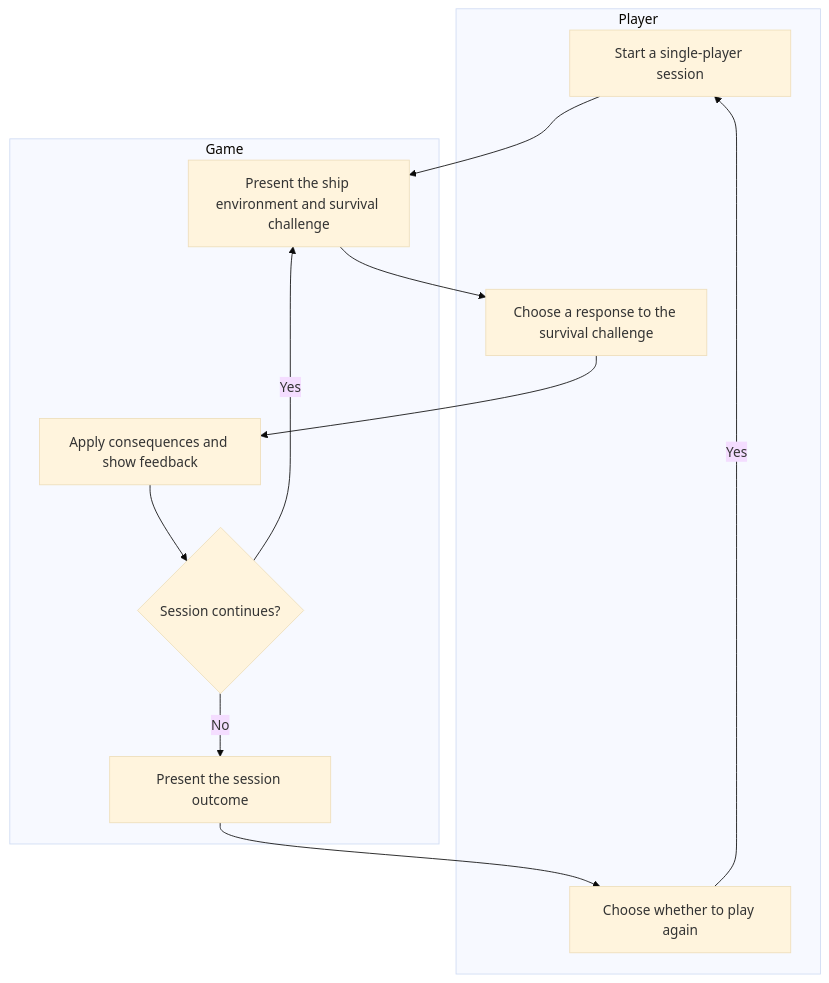
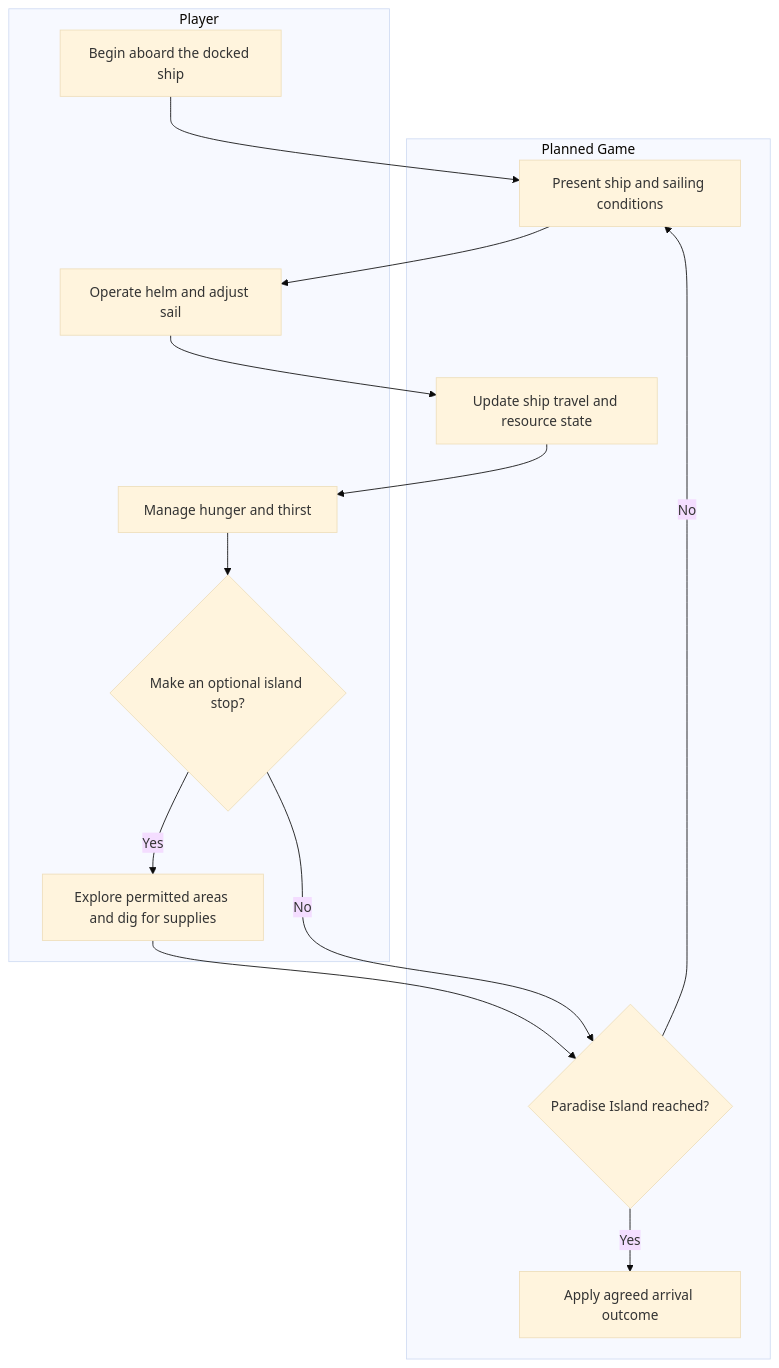
One commit to whitneyakred/gaming changed the second of 3 diagrams in docs/requirements/vision-and-scope.md. Above: the diagram before and after it, drawn with Mermaid (base theme). The commit also changed other lines of this file, not shown here.

First line of the commit message:
Revise project details and update game scope

````diff
--- a/docs/requirements/vision-and-scope.md
+++ b/docs/requirements/vision-and-scope.md
@@ -116,22 +137,26 @@
 ```mermaid
 flowchart TD
   subgraph Player
-    A[Start a single-player session]
-    C[Choose a response to the survival challenge]
-    F[Choose whether to play again]
+    A[Begin aboard the docked ship]
+    C[Operate helm and adjust sail]
+    E[Manage hunger and thirst]
+    F{Make an optional island stop?}
+    G[Explore permitted areas and dig for supplies]
   end
-  subgraph Game
-    B[Present the ship environment and survival challenge]
-    D[Apply consequences and show feedback]
-    E{Session continues?}
-    G[Present the session outcome]
+  subgraph Game[Planned Game]
+    B[Present ship and sailing conditions]
+    D[Update ship travel and resource state]
+    H{Paradise Island reached?}
+    I[Apply agreed arrival outcome]
   end
   A --> B
   B --> C
   C --> D
   D --> E
-  E -- Yes --> B
-  E -- No --> G
-  G --> F
-  F -- Yes --> A
+  E --> F
+  F -- Yes --> G
+  G --> H
+  F -- No --> H
+  H -- No --> B
+  H -- Yes --> I
 ```
````
